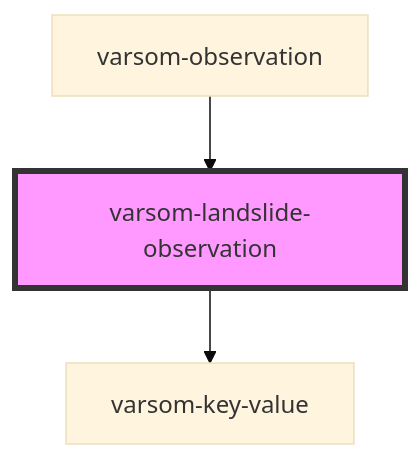
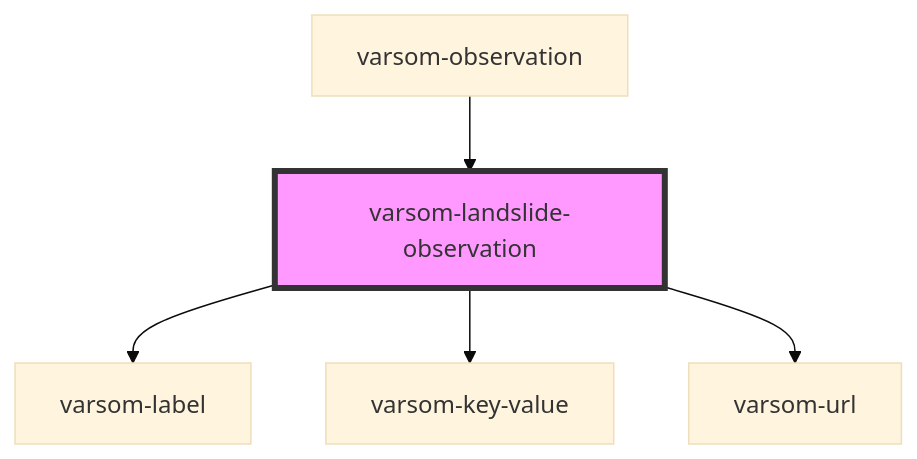
The diagram in observasjonskort/src/components/varsom-landslide-observation/readme.md (NVE/varsom-observation), drawn with Mermaid (base theme) before and after one commit. The commit also changed other lines of this file and 7 other files, not shown here.

````diff
--- a/observasjonskort/src/components/varsom-landslide-observation/readme.md
+++ b/observasjonskort/src/components/varsom-landslide-observation/readme.md
@@ -48,6 +50,8 @@
 ```mermaid
 graph TD;
+  varsom-landslide-observation --> varsom-label
   varsom-landslide-observation --> varsom-key-value
+  varsom-landslide-observation --> varsom-url
   varsom-observation --> varsom-landslide-observation
   style varsom-landslide-observation fill:#f9f,stroke:#333,stroke-width:4px
 ```
````
